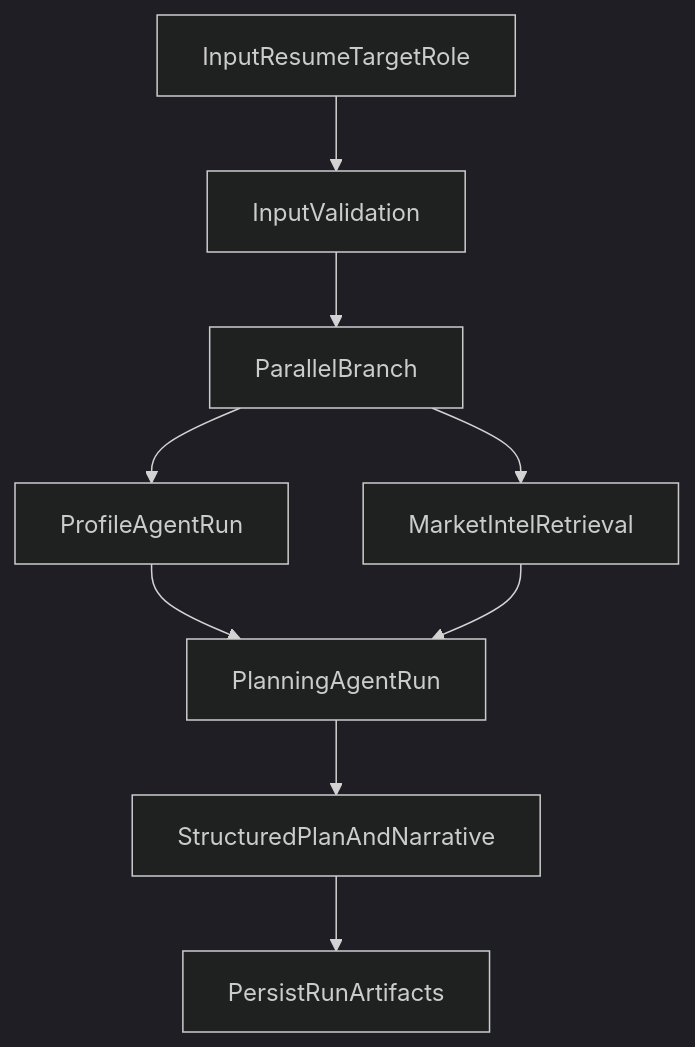
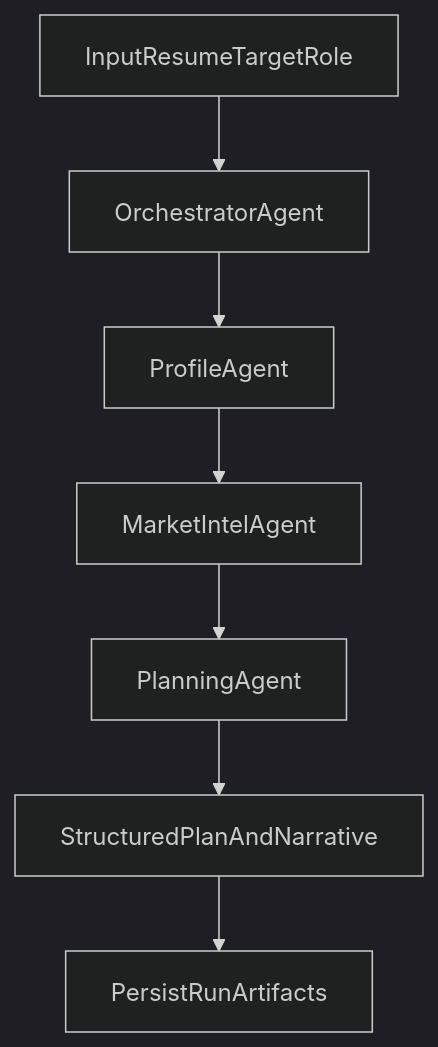
One commit to yijia-xu/skillcompass-ai changed the second of 2 diagrams in .doc/agent-design.md. Above: the diagram before and after it, drawn with Mermaid (dark theme). The commit also changed other lines of this file, not shown here.

````diff
--- a/.doc/agent-design.md
+++ b/.doc/agent-design.md
@@ -116,11 +113,9 @@
 ```mermaid
 flowchart TD
-    inputNode[InputResumeTargetRole] --> validateNode[InputValidation]
-    validateNode --> parallelNode[ParallelBranch]
-    parallelNode --> profileNode[ProfileAgentRun]
-    parallelNode --> marketNode[MarketIntelRetrieval]
-    profileNode --> planNode[PlanningAgentRun]
-    marketNode --> planNode
-    planNode --> outputNode[StructuredPlanAndNarrative]
+    inputNode[InputResumeTargetRole] --> orchestratorNode[OrchestratorAgent]
+    orchestratorNode --> profileNode[ProfileAgent]
+    profileNode --> marketNode[MarketIntelAgent]
+    marketNode --> planningNode[PlanningAgent]
+    planningNode --> outputNode[StructuredPlanAndNarrative]
     outputNode --> storeNode[PersistRunArtifacts]
 ```
````
